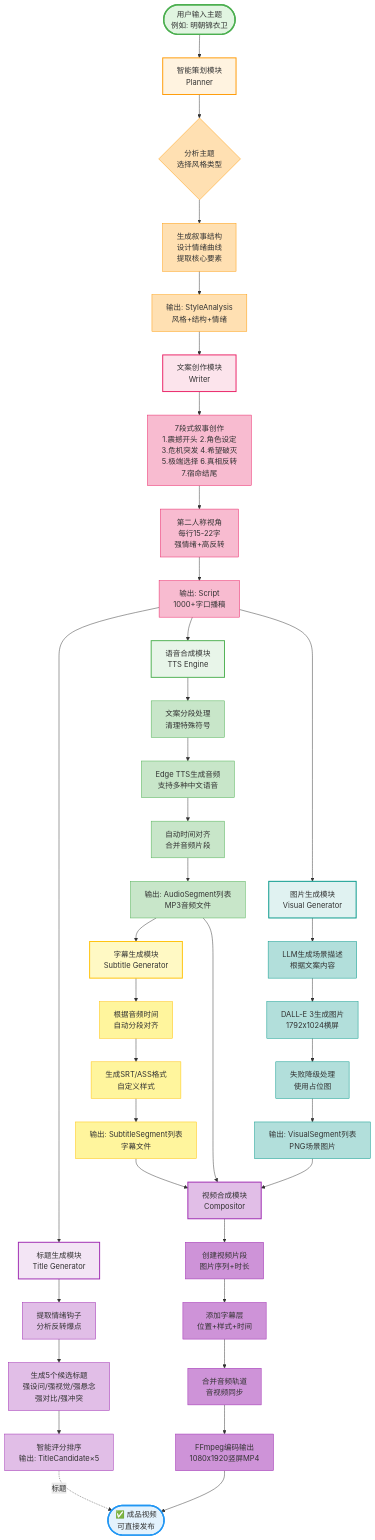
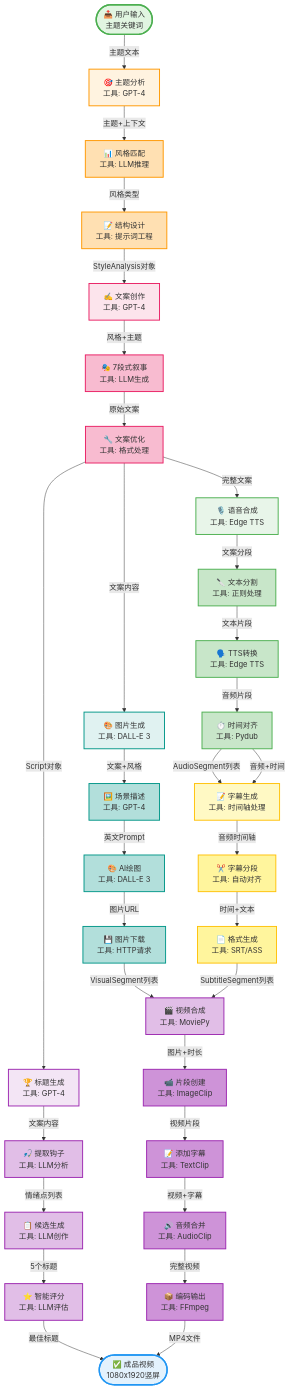
The diagram in auto-short-video-generator/WORKFLOW_DIAGRAM.md (DavidShuai-J/claudecode_research), drawn with Mermaid before and after one commit. The commit also changed other lines of this file and 1 other file, not shown here.

First line of the commit message:
feat: 优化流程图节点格式，增强可视化效果

````diff
--- a/auto-short-video-generator/WORKFLOW_DIAGRAM.md
+++ b/auto-short-video-generator/WORKFLOW_DIAGRAM.md
@@ -7,83 +7,77 @@
 ```mermaid
 flowchart TD
-    Start([用户输入主题<br/>例如: 明朝锦衣卫]) --> A[智能策划模块<br/>Planner]
+    Start([📥 用户输入<br/>主题关键词]) -->|主题文本| A[🎯 主题分析<br/>工具: GPT-4]
 
-    A --> A1{分析主题<br/>选择风格类型}
-    A1 --> A2[生成叙事结构<br/>设计情绪曲线<br/>提取核心要素]
-    A2 --> A3[输出: StyleAnalysis<br/>风格+结构+情绪]
+    A -->|主题+上下文| A1[📊 风格匹配<br/>工具: LLM推理]
+    A1 -->|风格类型| A2[📝 结构设计<br/>工具: 提示词工程]
+    A2 -->|StyleAnalysis对象| B[✍️ 文案创作<br/>工具: GPT-4]
 
-    A3 --> B[文案创作模块<br/>Writer]
-    B --> B1[7段式叙事创作<br/>1.震撼开头 2.角色设定<br/>3.危机突发 4.希望破灭<br/>5.极端选择 6.真相反转<br/>7.宿命结尾]
-    B1 --> B2[第二人称视角<br/>每行15-22字<br/>强情绪+高反转]
-    B2 --> B3[输出: Script<br/>1000+字口播稿]
+    B -->|风格+主题| B1[🎭 7段式叙事<br/>工具: LLM生成]
+    B1 -->|原始文案| B2[🔧 文案优化<br/>工具: 格式处理]
+    B2 -->|Script对象| C[🏆 标题生成<br/>工具: GPT-4]
 
-    B3 --> C[标题生成模块<br/>Title Generator]
-    C --> C1[提取情绪钩子<br/>分析反转爆点]
-    C1 --> C2[生成5个候选标题<br/>强设问/强视觉/强悬念<br/>强对比/强冲突]
-    C2 --> C3[智能评分排序<br/>输出: TitleCandidate×5]
+    B2 -->|完整文案| D[🎙️ 语音合成<br/>工具: Edge TTS]
+    B2 -->|文案内容| E[🎨 图片生成<br/>工具: DALL-E 3]
 
-    B3 --> D[语音合成模块<br/>TTS Engine]
-    D --> D1[文案分段处理<br/>清理特殊符号]
-    D1 --> D2[Edge TTS生成音频<br/>支持多种中文语音]
-    D2 --> D3[自动时间对齐<br/>合并音频片段]
-    D3 --> D4[输出: AudioSegment列表<br/>MP3音频文件]
+    C -->|文案内容| C1[🎣 提取钩子<br/>工具: LLM分析]
+    C1 -->|情绪点列表| C2[📋 候选生成<br/>工具: LLM创作]
+    C2 -->|5个标题| C3[⭐ 智能评分<br/>工具: LLM评估]
+    C3 -->|最佳标题| End
 
-    B3 --> E[图片生成模块<br/>Visual Generator]
-    E --> E1[LLM生成场景描述<br/>根据文案内容]
-    E1 --> E2[DALL-E 3生成图片<br/>1792x1024横屏]
-    E2 --> E3[失败降级处理<br/>使用占位图]
-    E3 --> E4[输出: VisualSegment列表<br/>PNG场景图片]
+    D -->|文案分段| D1[🔪 文本分割<br/>工具: 正则处理]
+    D1 -->|文本片段| D2[🗣️ TTS转换<br/>工具: Edge TTS]
+    D2 -->|音频片段| D3[⏱️ 时间对齐<br/>工具: Pydub]
+    D3 -->|AudioSegment列表| F[📝 字幕生成<br/>工具: 时间轴处理]
 
-    D4 --> F[字幕生成模块<br/>Subtitle Generator]
-    F --> F1[根据音频时间<br/>自动分段对齐]
-    F1 --> F2[生成SRT/ASS格式<br/>自定义样式]
-    F2 --> F3[输出: SubtitleSegment列表<br/>字幕文件]
+    E -->|文案+风格| E1[🖼️ 场景描述<br/>工具: GPT-4]
+    E1 -->|英文Prompt| E2[🎨 AI绘图<br/>工具: DALL-E 3]
+    E2 -->|图片URL| E3[💾 图片下载<br/>工具: HTTP请求]
+    E3 -->|VisualSegment列表| G
 
-    D4 --> G[视频合成模块<br/>Compositor]
-    E4 --> G
-    F3 --> G
+    D3 -->|音频+时间| F
+    F -->|音频时间轴| F1[✂️ 字幕分段<br/>工具: 自动对齐]
+    F1 -->|时间+文本| F2[📄 格式生成<br/>工具: SRT/ASS]
+    F2 -->|SubtitleSegment列表| G
 
-    G --> G1[创建视频片段<br/>图片序列+时长]
-    G1 --> G2[添加字幕层<br/>位置+样式+时间]
-    G2 --> G3[合并音频轨道<br/>音视频同步]
-    G3 --> G4[FFmpeg编码输出<br/>1080x1920竖屏MP4]
-
-    G4 --> End([✅ 成品视频<br/>可直接发布])
-
-    C3 -.标题.-> End
+    G[🎬 视频合成<br/>工具: MoviePy] -->|图片+时长| G1[📹 片段创建<br/>工具: ImageClip]
+    G1 -->|视频片段| G2[📝 添加字幕<br/>工具: TextClip]
+    G2 -->|视频+字幕| G3[🔊 音频合并<br/>工具: AudioClip]
+    G3 -->|完整视频| G4[📦 编码输出<br/>工具: FFmpeg]
+    G4 -->|MP4文件| End([✅ 成品视频<br/>1080x1920竖屏])
 
     style Start fill:#e1f5e1,stroke:#4caf50,stroke-width:3px
     style End fill:#e3f2fd,stroke:#2196f3,stroke-width:3px
+
     style A fill:#fff3e0,stroke:#ff9800,stroke-width:2px
+    style A1 fill:#ffe0b2,stroke:#ff9800,stroke-width:2px
+    style A2 fill:#ffe0b2,stroke:#ff9800,stroke-width:2px
+
     style B fill:#fce4ec,stroke:#e91e63,stroke-width:2px
+    style B1 fill:#f8bbd0,stroke:#e91e63,stroke-width:2px
+    style B2 fill:#f8bbd0,stroke:#e91e63,stroke-width:2px
+
     style C fill:#f3e5f5,stroke:#9c27b0,stroke-width:2px
+    style C1 fill:#e1bee7,stroke:#9c27b0,stroke-width:2px
+    style C2 fill:#e1bee7,stroke:#9c27b0,stroke-width:2px
+    style C3 fill:#e1bee7,stroke:#9c27b0,stroke-width:2px
+
     style D fill:#e8f5e9,stroke:#4caf50,stroke-width:2px
+    style D1 fill:#c8e6c9,stroke:#4caf50,stroke-width:2px
+    style D2 fill:#c8e6c9,stroke:#4caf50,stroke-width:2px
+    style D3 fill:#c8e6c9,stroke:#4caf50,stroke-width:2px
+
     style E fill:#e0f2f1,stroke:#009688,stroke-width:2px
+    style E1 fill:#b2dfdb,stroke:#009688,stroke-width:2px
+    style E2 fill:#b2dfdb,stroke:#009688,stroke-width:2px
+    style E3 fill:#b2dfdb,stroke:#009688,stroke-width:2px
+
     style F fill:#fff9c4,stroke:#ffc107,stroke-width:2px
+    style F1 fill:#fff59d,stroke:#ffc107,stroke-width:2px
+    style F2 fill:#fff59d,stroke:#ffc107,stroke-width:2px
+
     style G fill:#e1bee7,stroke:#9c27b0,stroke-width:2px
-
-    style A1 fill:#ffe0b2,stroke:#ff9800
-    style A2 fill:#ffe0b2,stroke:#ff9800
-    style A3 fill:#ffe0b2,stroke:#ff9800
-    style B1 fill:#f8bbd0,stroke:#e91e63
-    style B2 fill:#f8bbd0,stroke:#e91e63
-    style B3 fill:#f8bbd0,stroke:#e91e63
-    style C1 fill:#e1bee7,stroke:#9c27b0
-    style C2 fill:#e1bee7,stroke:#9c27b0
-    style C3 fill:#e1bee7,stroke:#9c27b0
-    style D1 fill:#c8e6c9,stroke:#4caf50
-    style D2 fill:#c8e6c9,stroke:#4caf50
-    style D3 fill:#c8e6c9,stroke:#4caf50
-    style D4 fill:#c8e6c9,stroke:#4caf50
-    style E1 fill:#b2dfdb,stroke:#009688
-    style E2 fill:#b2dfdb,stroke:#009688
-    style E3 fill:#b2dfdb,stroke:#009688
-    style E4 fill:#b2dfdb,stroke:#009688
-    style F1 fill:#fff59d,stroke:#ffc107
-    style F2 fill:#fff59d,stroke:#ffc107
-    style F3 fill:#fff59d,stroke:#ffc107
-    style G1 fill:#ce93d8,stroke:#9c27b0
-    style G2 fill:#ce93d8,stroke:#9c27b0
-    style G3 fill:#ce93d8,stroke:#9c27b0
-    style G4 fill:#ce93d8,stroke:#9c27b0
+    style G1 fill:#ce93d8,stroke:#9c27b0,stroke-width:2px
+    style G2 fill:#ce93d8,stroke:#9c27b0,stroke-width:2px
+    style G3 fill:#ce93d8,stroke:#9c27b0,stroke-width:2px
+    style G4 fill:#ce93d8,stroke:#9c27b0,stroke-width:2px
 ```
````
